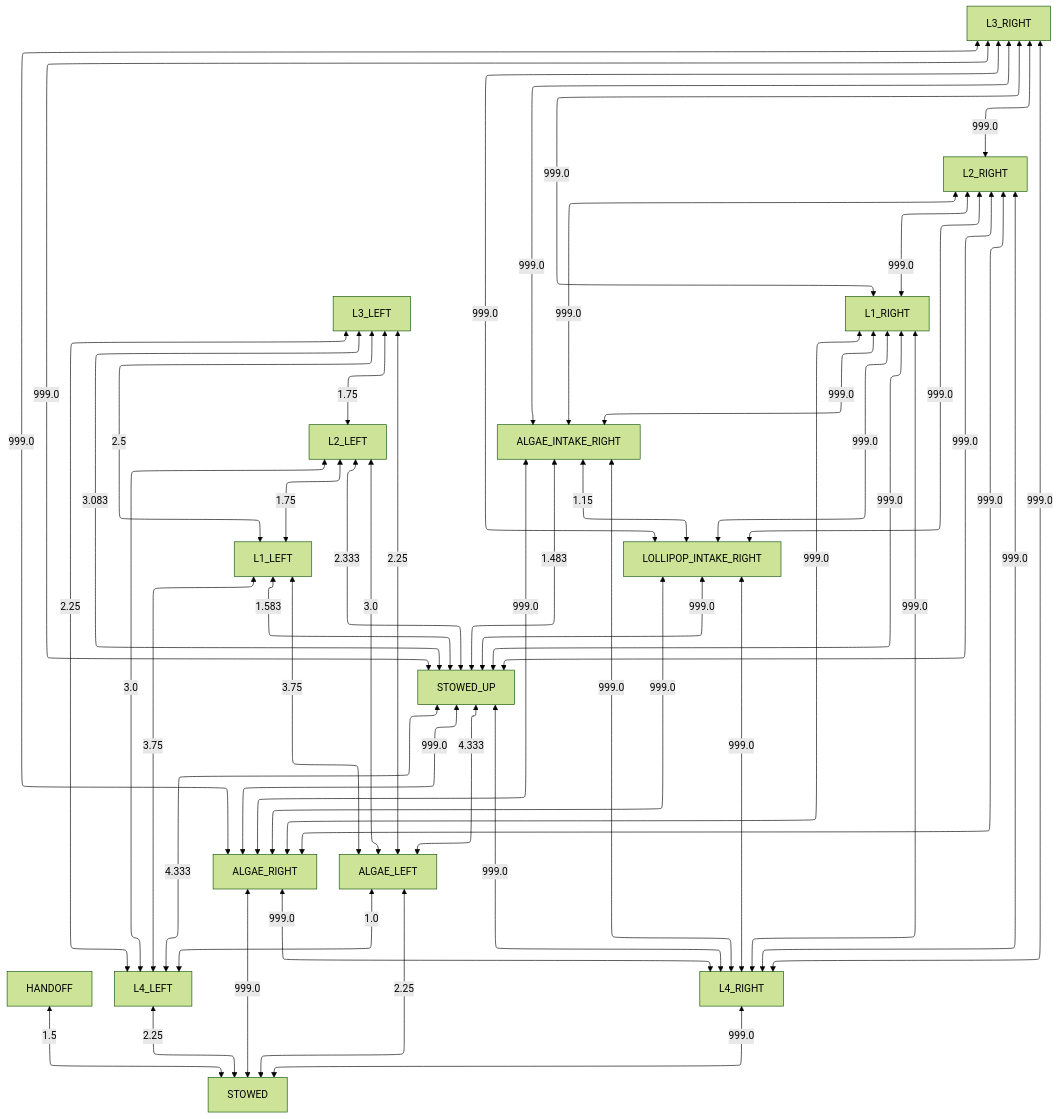
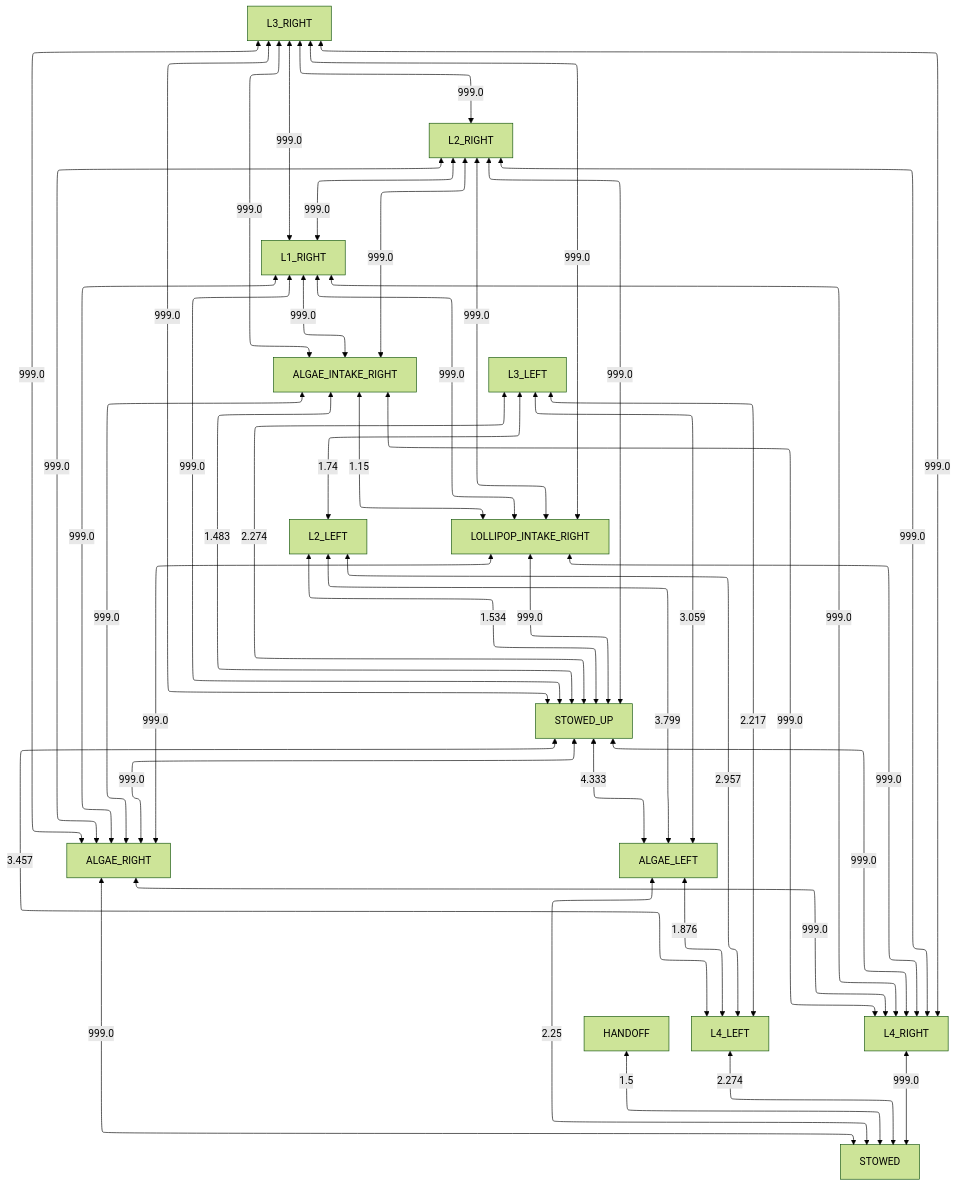
The diagram in docs/collision_avoidance/right_obstructed.md (team581/offseason-2025-comp), drawn with Mermaid (forest theme) before and after one commit. The commit also changed 9 other files, not shown here.

````diff
--- a/docs/collision_avoidance/right_obstructed.md
+++ b/docs/collision_avoidance/right_obstructed.md
@@ -3,53 +3,48 @@
 ```mermaid
 %%{ init: { "flowchart": { "defaultRenderer": "elk" } } }%%
 graph TD
 
 HANDOFF <-- 1.5 --> STOWED
-L4_LEFT <-- 2.25 --> STOWED
+L4_LEFT <-- 2.274 --> STOWED
 L4_RIGHT <-- 999.0 --> STOWED
 ALGAE_RIGHT <-- 999.0 --> STOWED
 ALGAE_LEFT <-- 2.25 --> STOWED
-STOWED_UP <-- 4.333 --> L4_LEFT
-L1_LEFT <-- 3.75 --> L4_LEFT
-L2_LEFT <-- 3.0 --> L4_LEFT
-L3_LEFT <-- 2.25 --> L4_LEFT
-ALGAE_LEFT <-- 1.0 --> L4_LEFT
+STOWED_UP <-- 3.457 --> L4_LEFT
+L2_LEFT <-- 2.957 --> L4_LEFT
+L3_LEFT <-- 2.217 --> L4_LEFT
+ALGAE_LEFT <-- 1.876 --> L4_LEFT
 STOWED_UP <-- 999.0 --> L4_RIGHT
 ALGAE_INTAKE_RIGHT <-- 999.0 --> L4_RIGHT
 LOLLIPOP_INTAKE_RIGHT <-- 999.0 --> L4_RIGHT
 L1_RIGHT <-- 999.0 --> L4_RIGHT
 L2_RIGHT <-- 999.0 --> L4_RIGHT
 L3_RIGHT <-- 999.0 --> L4_RIGHT
 ALGAE_RIGHT <-- 999.0 --> L4_RIGHT
 STOWED_UP <-- 999.0 --> ALGAE_RIGHT
 ALGAE_INTAKE_RIGHT <-- 999.0 --> ALGAE_RIGHT
 LOLLIPOP_INTAKE_RIGHT <-- 999.0 --> ALGAE_RIGHT
 L1_RIGHT <-- 999.0 --> ALGAE_RIGHT
 L2_RIGHT <-- 999.0 --> ALGAE_RIGHT
 L3_RIGHT <-- 999.0 --> ALGAE_RIGHT
 STOWED_UP <-- 4.333 --> ALGAE_LEFT
-L1_LEFT <-- 3.75 --> ALGAE_LEFT
-L2_LEFT <-- 3.0 --> ALGAE_LEFT
-L3_LEFT <-- 2.25 --> ALGAE_LEFT
+L2_LEFT <-- 3.799 --> ALGAE_LEFT
+L3_LEFT <-- 3.059 --> ALGAE_LEFT
 LOLLIPOP_INTAKE_RIGHT <-- 999.0 --> STOWED_UP
 ALGAE_INTAKE_RIGHT <-- 1.483 --> STOWED_UP
-L1_LEFT <-- 1.583 --> STOWED_UP
-L2_LEFT <-- 2.333 --> STOWED_UP
-L3_LEFT <-- 3.083 --> STOWED_UP
+L2_LEFT <-- 1.534 --> STOWED_UP
+L3_LEFT <-- 2.274 --> STOWED_UP
 L1_RIGHT <-- 999.0 --> STOWED_UP
 L2_RIGHT <-- 999.0 --> STOWED_UP
 L3_RIGHT <-- 999.0 --> STOWED_UP
 ALGAE_INTAKE_RIGHT <-- 1.15 --> LOLLIPOP_INTAKE_RIGHT
 L1_RIGHT <-- 999.0 --> LOLLIPOP_INTAKE_RIGHT
 L2_RIGHT <-- 999.0 --> LOLLIPOP_INTAKE_RIGHT
 L3_RIGHT <-- 999.0 --> LOLLIPOP_INTAKE_RIGHT
 L1_RIGHT <-- 999.0 --> ALGAE_INTAKE_RIGHT
 L2_RIGHT <-- 999.0 --> ALGAE_INTAKE_RIGHT
 L3_RIGHT <-- 999.0 --> ALGAE_INTAKE_RIGHT
-L2_LEFT <-- 1.75 --> L1_LEFT
-L3_LEFT <-- 2.5 --> L1_LEFT
-L3_LEFT <-- 1.75 --> L2_LEFT
+L3_LEFT <-- 1.74 --> L2_LEFT
 L2_RIGHT <-- 999.0 --> L1_RIGHT
 L3_RIGHT <-- 999.0 --> L1_RIGHT
 L3_RIGHT <-- 999.0 --> L2_RIGHT
 ```
````
